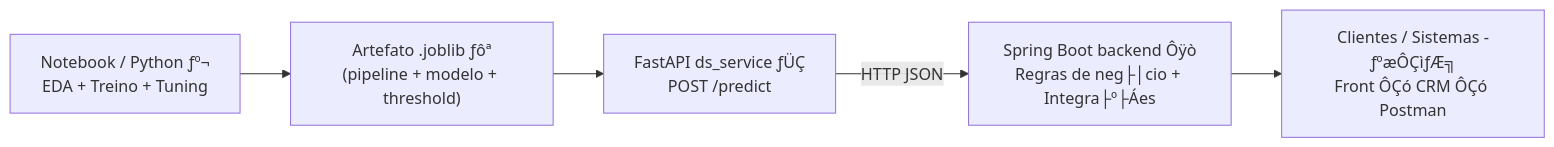
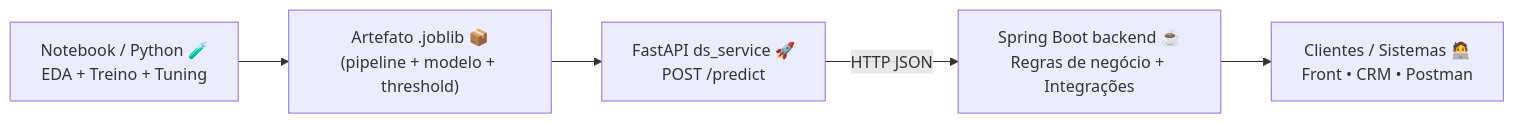
The diagram in README_DATA_SCIENCE.md (brodyandre/churninsight-nocountry), drawn with Mermaid before and after one commit. The commit also changed other lines of this file, not shown here.

````diff
--- a/README_DATA_SCIENCE.md
+++ b/README_DATA_SCIENCE.md
@@ -169,7 +169,7 @@
 ```mermaid
 flowchart LR
-  A["Notebook / Python ­ƒº¬<br/>EDA + Treino + Tuning"] --> B["Artefato .joblib ­ƒôª<br/>(pipeline + modelo + threshold)"]
-  B --> C["FastAPI ds_service ­ƒÜÇ<br/>POST /predict"]
-  C -->|HTTP JSON| D["Spring Boot backend Ôÿò<br/>Regras de neg├│cio + Integra├º├Áes"]
-  D --> E["Clientes / Sistemas ­ƒºæÔÇì­ƒÆ╗<br/>Front ÔÇó CRM ÔÇó Postman"]
+  A["Notebook / Python 🧪<br/>EDA + Treino + Tuning"] --> B["Artefato .joblib 📦<br/>(pipeline + modelo + threshold)"]
+  B --> C["FastAPI ds_service 🚀<br/>POST /predict"]
+  C -->|HTTP JSON| D["Spring Boot backend ☕<br/>Regras de negócio + Integrações"]
+  D --> E["Clientes / Sistemas 🧑‍💻<br/>Front • CRM • Postman"]
 ```
````
